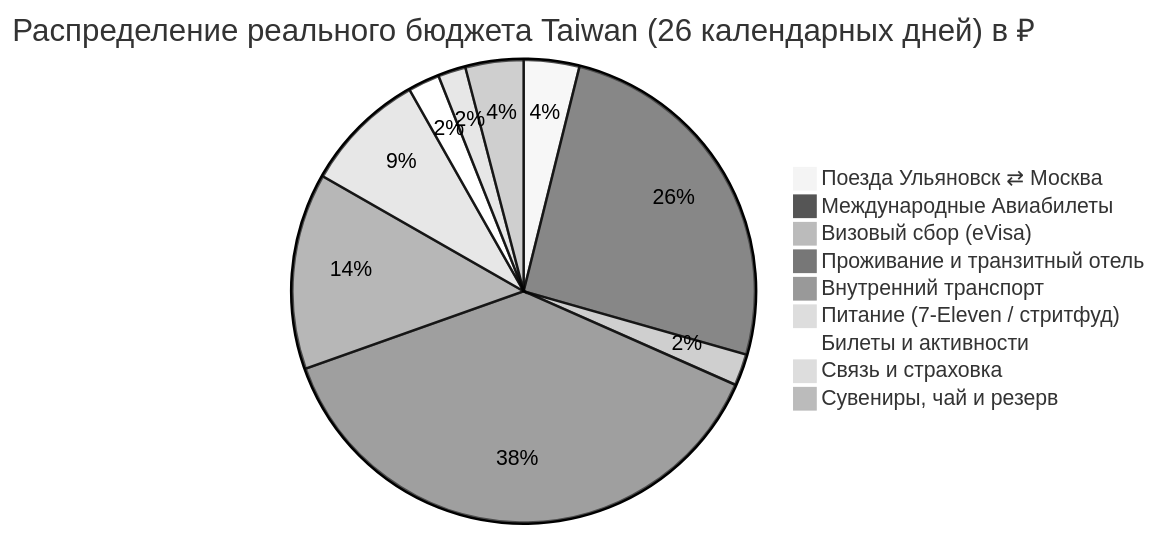
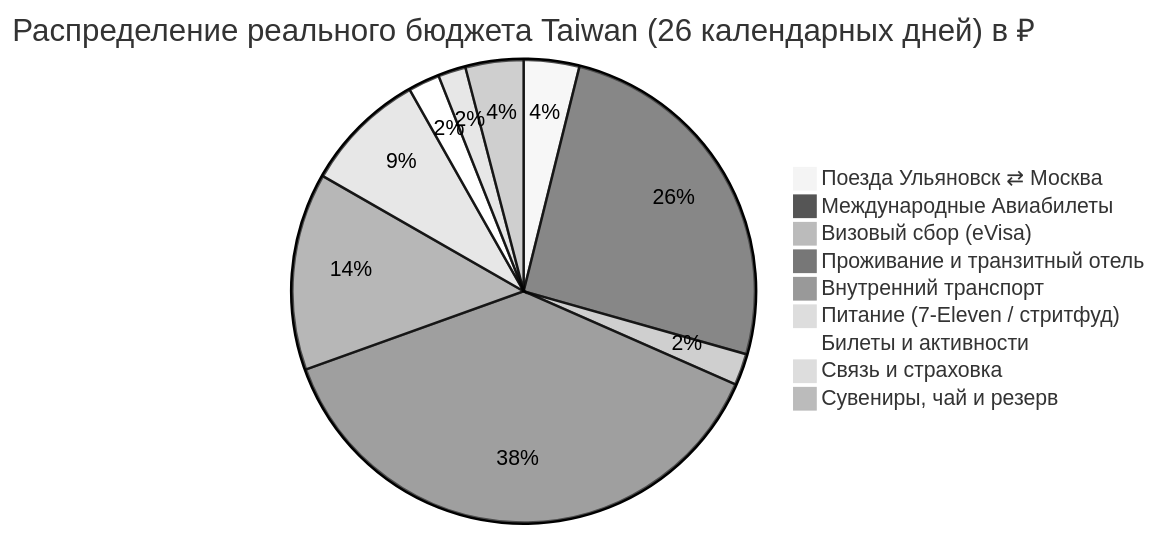
Before and after one commit to injurka/obsidian-mark: the diagram in Personal Note/Travel/-- Taiwan/04 - Финансы/Финансы.md, drawn with Mermaid (neutral theme). The commit also changed other lines of this file and 5 other files, not shown here.

````diff
--- a/Personal Note/Travel/-- Taiwan/04 - Финансы/Финансы.md
+++ b/Personal Note/Travel/-- Taiwan/04 - Финансы/Финансы.md
@@ -14,12 +14,12 @@
 ```mermaid
 pie title Распределение реального бюджета Taiwan (26 календарных дней) в ₽
     "Поезда Ульяновск ⇄ Москва" : 8419
     "Международные Авиабилеты" : 55412
     "Визовый сбор (eVisa)" : 4800
     "Проживание и транзитный отель" : 82357
-    "Внутренний транспорт" : 29735
+    "Внутренний транспорт" : 29925
     "Питание (7-Eleven / стритфуд)" : 18500
     "Билеты и активности" : 4796
     "Связь и страховка" : 4200
     "Сувениры, чай и резерв" : 8800
 ```
````
